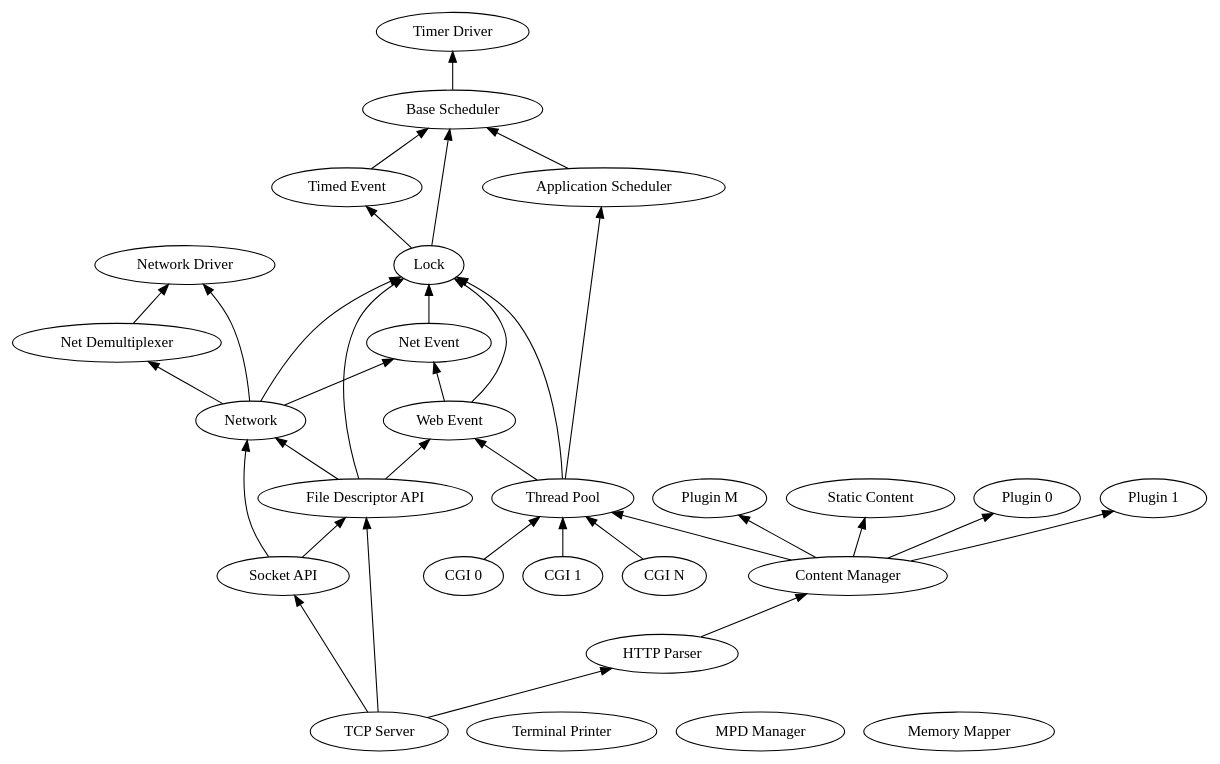
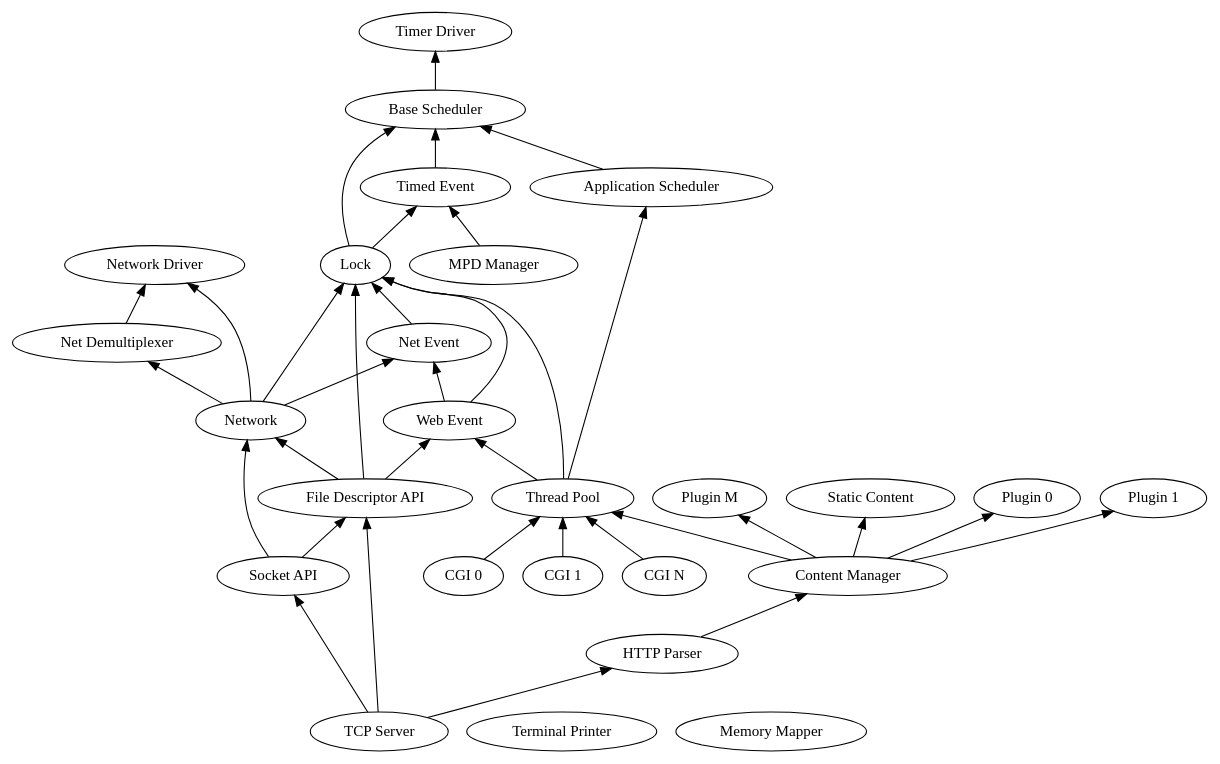
Before and after one commit to gwsystems/composite: the diagram in module/doc/component_web_server.dot, drawn with Graphviz. The commit also changed 2 other files, not shown here.

Commit message:
Added a function to create a new thread on demand into fprr.

```diff
--- a/module/doc/component_web_server.dot
+++ b/module/doc/component_web_server.dot
@@ -1,71 +1,120 @@
 digraph web_server {
 	overlap=false;
 //	overlap=scale;
 	splines=true;
 	rankdir=BT;
 	
 	"Network";
 	"Socket API";
 	"File Descriptor API";
 	"TCP Server";
 	"HTTP Parser";
 	"CGI 0";
 	"CGI 1";
 	"CGI N";
 	"Thread Pool";
 	"Static Content";
 	"Plugin 0";
 	"Plugin 1";
 	"Plugin M";
 	"Base Scheduler";
 	"Application Scheduler";
 	"Web Event";
 	"Net Event";
 	"Timed Event";
 	"Terminal Printer";
 	"Lock";
 	"MPD Manager";
 	"Memory Mapper";
 	"Content Manager";
 
 	subgraph Kernel {
 		color=black;
 		"Net Demultiplexer";
 		"Network Driver";
 		"Timer Driver";
 	};
 
 	"TCP Server" -> "Socket API";
 	"TCP Server" -> "File Descriptor API";
 	"Socket API" -> "File Descriptor API";
 	"TCP Server" -> "HTTP Parser";
 	"HTTP Parser" -> "Content Manager";
 	"Content Manager" -> "Static Content";
 	"Content Manager" -> "Plugin 0";
 	"Content Manager" -> "Plugin 1";
 	"Content Manager" -> "Plugin M";
 	"Content Manager" -> "Thread Pool";
 	"CGI 0" -> "Thread Pool";
 	"CGI 1" -> "Thread Pool";
 	"CGI N" -> "Thread Pool";
 	"Thread Pool" -> "Application Scheduler";
 	"Application Scheduler" -> "Base Scheduler";
 	"Thread Pool" -> "Web Event";
 	"Socket API" -> "Network";
 	"File Descriptor API" -> "Network";
 	"File Descriptor API" -> "Web Event";
 	"Network" -> "Net Event";
 	"Web Event" -> "Net Event";
 	"Web Event" -> "Lock";
 	"Net Event" -> "Lock";
 	"Lock" -> "Timed Event";
 	"Lock" -> "Base Scheduler";
 	"Timed Event" -> "Base Scheduler";
 	"Network" -> "Lock";
 	"Thread Pool" -> "Lock";
 	"File Descriptor API" -> "Lock";
 //	"Network" -> "Net Demultiplexer";
 	"Network" -> "Net Demultiplexer" -> "Network Driver";
 	"Network" -> "Network Driver";
 	"Base Scheduler" -> "Timer Driver";
+
+	"MPD Manager" -> "Timed Event";	
+
+/*
+	"Network" -> "Memory Mapper";
+	"Socket API" -> "Memory Mapper";
+	"File Descriptor API" -> "Memory Mapper";
+	"TCP Server" -> "Memory Mapper";
+	"HTTP Parser" -> "Memory Mapper";
+	"CGI 0" -> "Memory Mapper";
+	"CGI 1" -> "Memory Mapper";
+	"CGI N" -> "Memory Mapper";
+	"Thread Pool" -> "Memory Mapper";
+	"Static Content" -> "Memory Mapper";
+	"Plugin 0" -> "Memory Mapper";
+	"Plugin 1" -> "Memory Mapper";
+	"Plugin M" -> "Memory Mapper";
+	"Base Scheduler" -> "Memory Mapper";
+	"Application Scheduler" -> "Memory Mapper";
+	"Web Event" -> "Memory Mapper";
+	"Net Event" -> "Memory Mapper";
+	"Timed Event" -> "Memory Mapper";
+	"Terminal Printer" -> "Memory Mapper";
+	"Lock" -> "Memory Mapper";
+	"MPD Manager" -> "Memory Mapper";
+	"Content Manager" -> "Memory Mapper";
+
+	"Network" -> "Terminal Printer";
+	"Socket API" -> "Terminal Printer";
+	"File Descriptor API" -> "Terminal Printer";
+	"TCP Server" -> "Terminal Printer";
+	"HTTP Parser" -> "Terminal Printer";
+	"CGI 0" -> "Terminal Printer";
+	"CGI 1" -> "Terminal Printer";
+	"CGI N" -> "Terminal Printer";
+	"Thread Pool" -> "Terminal Printer";
+	"Static Content" -> "Terminal Printer";
+	"Plugin 0" -> "Terminal Printer";
+	"Plugin 1" -> "Terminal Printer";
+	"Plugin M" -> "Terminal Printer";
+	"Base Scheduler" -> "Terminal Printer";
+	"Application Scheduler" -> "Terminal Printer";
+	"Web Event" -> "Terminal Printer";
+	"Net Event" -> "Terminal Printer";
+	"Timed Event" -> "Terminal Printer";
+	"Lock" -> "Terminal Printer";
+	"MPD Manager" -> "Terminal Printer";
+	"Content Manager" -> "Terminal Printer";
+*/
 }
```
